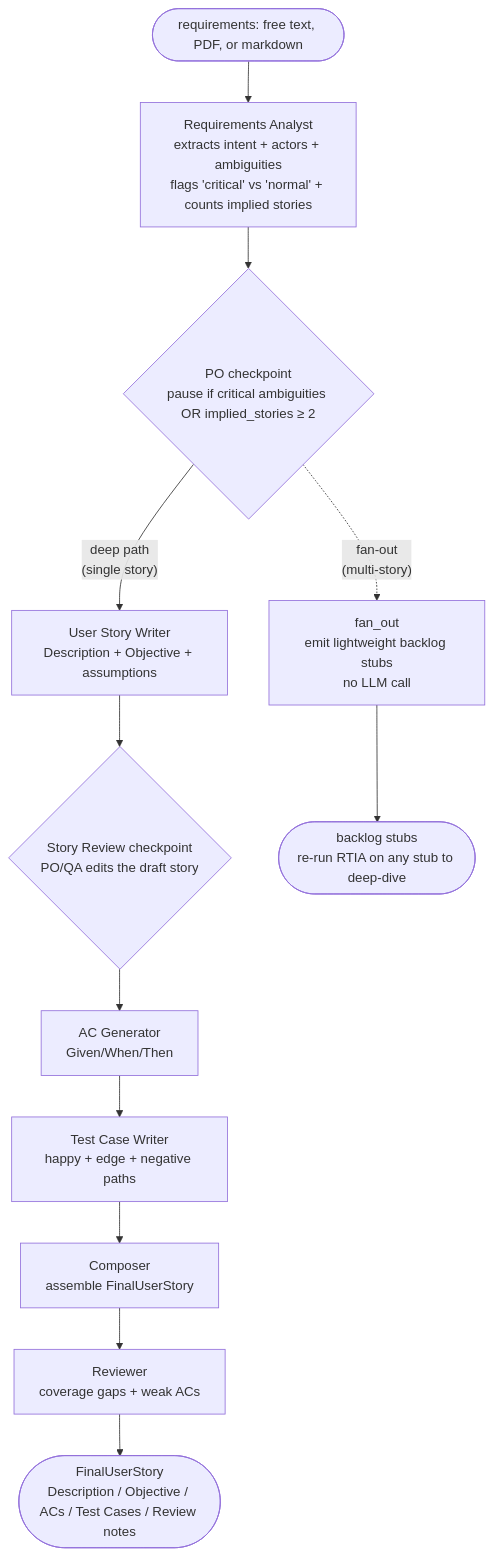
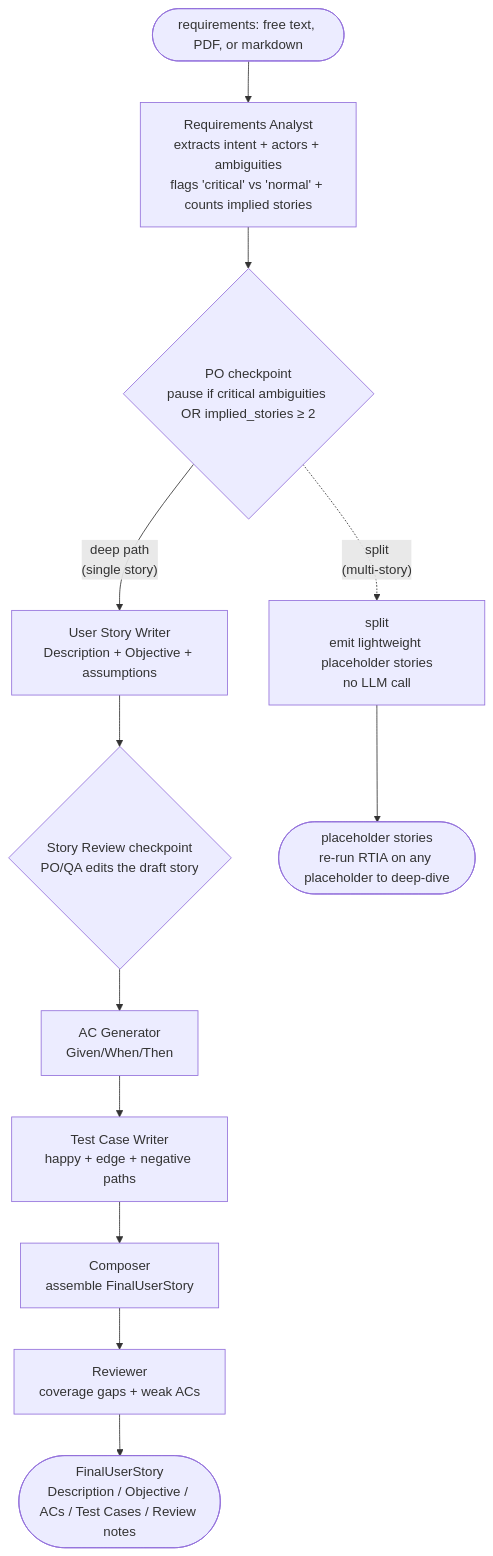
One commit to augustineuzokwe/rtia changed the diagram in README.md. Above: the diagram before and after it, drawn with Mermaid. The commit also changed other lines of this file and 10 other files, not shown here.

First line of the commit message:
docs: complete fan-out -> split / stub -> placeholder vocabulary swap (#265)

````diff
--- a/README.md
+++ b/README.md
@@ -9,14 +9,14 @@
 ```mermaid
 graph TD
     start([requirements: free text, PDF, or markdown]) --> analyst[Requirements Analyst<br/>extracts intent + actors + ambiguities<br/>flags 'critical' vs 'normal' + counts implied stories]
     analyst --> po{PO checkpoint<br/>pause if critical ambiguities OR implied_stories ≥ 2}
     po -- "deep path<br/>(single story)" --> writer[User Story Writer<br/>Description + Objective + assumptions]
-    po -. "fan-out<br/>(multi-story)" .-> fanout[fan_out<br/>emit lightweight backlog stubs<br/>no LLM call]
+    po -. "split<br/>(multi-story)" .-> split[split<br/>emit lightweight placeholder stories<br/>no LLM call]
     writer --> review{Story Review checkpoint<br/>PO/QA edits the draft story}
     review --> ac[AC Generator<br/>Given/When/Then]
     ac --> tc[Test Case Writer<br/>happy + edge + negative paths]
     tc --> composer[Composer<br/>assemble FinalUserStory]
     composer --> reviewer[Reviewer<br/>coverage gaps + weak ACs]
     reviewer --> done([FinalUserStory<br/>Description / Objective / ACs / Test Cases / Review notes])
-    fanout --> stubs([backlog stubs<br/>re-run RTIA on any stub to deep-dive])
+    split --> placeholders([placeholder stories<br/>re-run RTIA on any placeholder to deep-dive])
 ```
````
